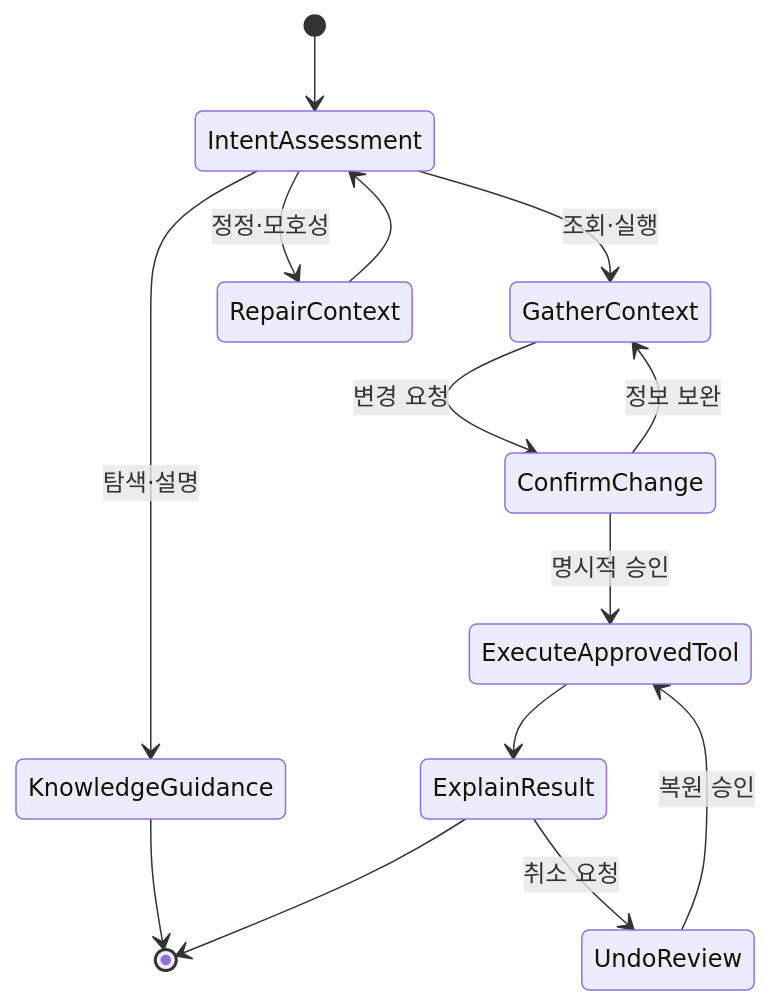
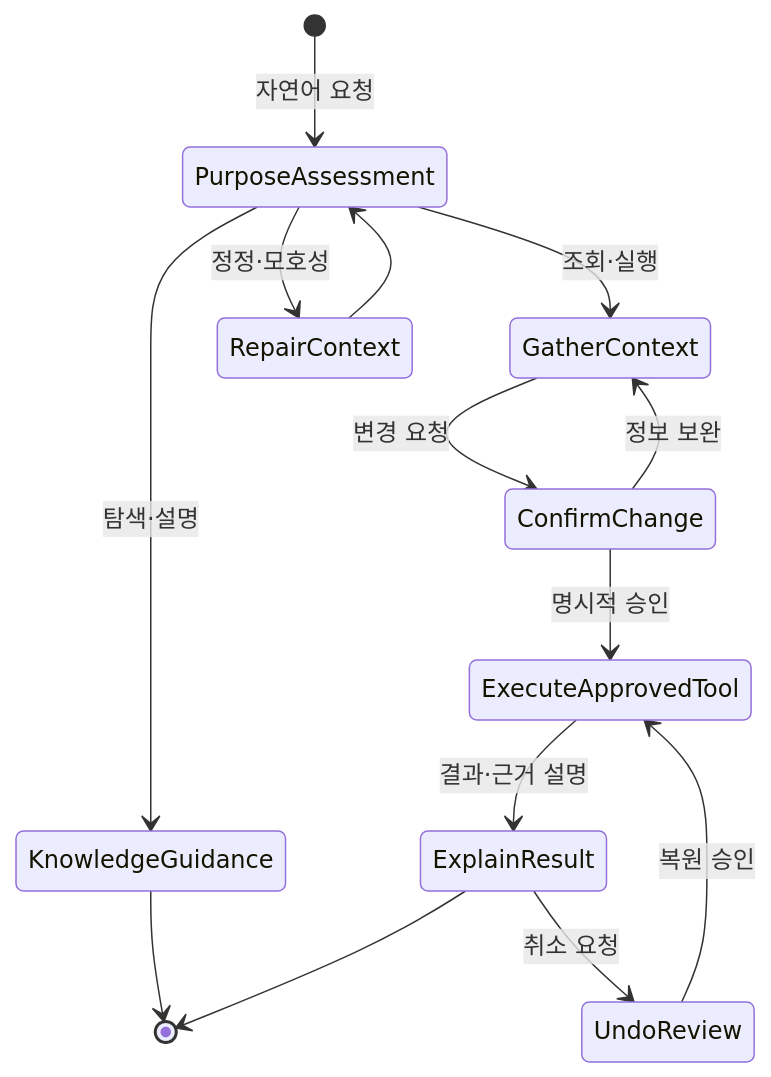
The sixth of 17 diagrams in docs/AI_SERVICE_AGENT_SERVICE_INTRODUCTION.md (hak023/sip_pbx), drawn with Mermaid before and after one commit. The commit also changed other lines of this file and 3 other files, not shown here.

````diff
--- a/docs/AI_SERVICE_AGENT_SERVICE_INTRODUCTION.md
+++ b/docs/AI_SERVICE_AGENT_SERVICE_INTRODUCTION.md
@@ -195,16 +222,16 @@
 ```mermaid
 stateDiagram-v2
-    [*] --> IntentAssessment
-    IntentAssessment --> KnowledgeGuidance: 탐색·설명
-    IntentAssessment --> GatherContext: 조회·실행
-    IntentAssessment --> RepairContext: 정정·모호성
+    [*] --> PurposeAssessment: 자연어 요청
+    PurposeAssessment --> KnowledgeGuidance: 탐색·설명
+    PurposeAssessment --> GatherContext: 조회·실행
+    PurposeAssessment --> RepairContext: 정정·모호성
     GatherContext --> ConfirmChange: 변경 요청
     ConfirmChange --> ExecuteApprovedTool: 명시적 승인
     ConfirmChange --> GatherContext: 정보 보완
-    ExecuteApprovedTool --> ExplainResult
+    ExecuteApprovedTool --> ExplainResult: 결과·근거 설명
     ExplainResult --> UndoReview: 취소 요청
     UndoReview --> ExecuteApprovedTool: 복원 승인
     KnowledgeGuidance --> [*]
     ExplainResult --> [*]
-    RepairContext --> IntentAssessment
+    RepairContext --> PurposeAssessment
 ```
````
